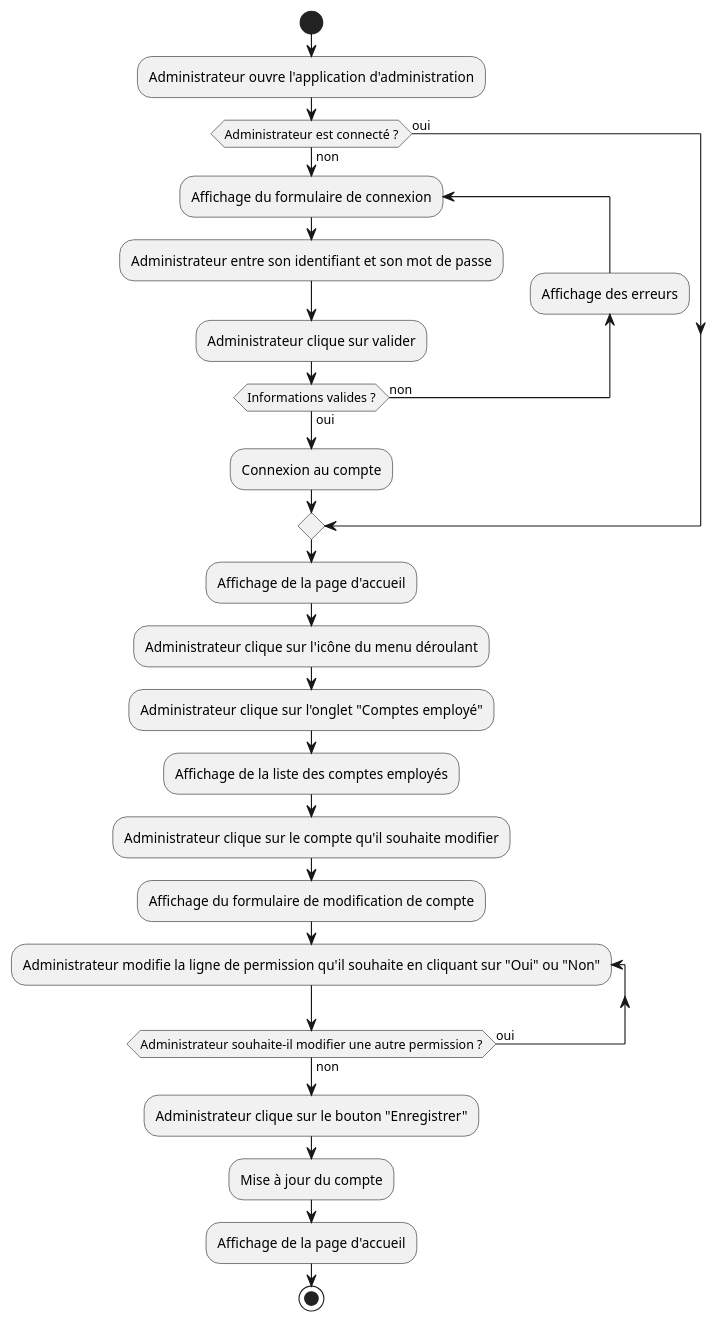
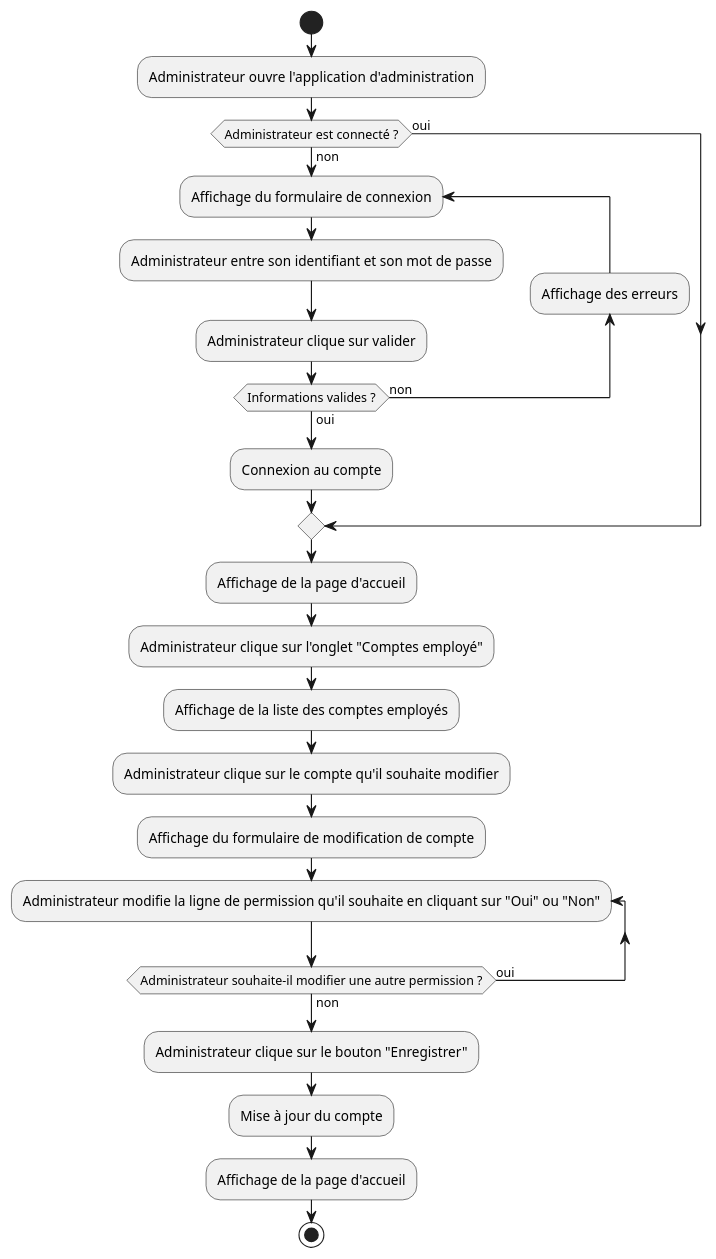
The diagram in diagrams/admin_modify_worker_account_permissions.puml (Gumpah/project_6), drawn with PlantUML before and after one commit. The commit also changed 5 other files, not shown here.

Commit message:
Updating diagrams

```diff
--- a/diagrams/admin_modify_worker_account_permissions.puml
+++ b/diagrams/admin_modify_worker_account_permissions.puml
@@ -1,29 +1,28 @@
 @startuml
 'https://plantuml.com/activity-diagram-beta
 
 start
 :Administrateur ouvre l'application d'administration;
 if (Administrateur est connecté ?) then (oui)
 else (non)
 repeat :Affichage du formulaire de connexion;
 :Administrateur entre son identifiant et son mot de passe;
 :Administrateur clique sur valider;
 backward:Affichage des erreurs;
 repeat while (Informations valides ?) is (non) not (oui)
 :Connexion au compte;
 endif
 :Affichage de la page d'accueil;
-:Administrateur clique sur l'icône du menu déroulant;
 :Administrateur clique sur l'onglet "Comptes employé";
 :Affichage de la liste des comptes employés;
 :Administrateur clique sur le compte qu'il souhaite modifier;
 :Affichage du formulaire de modification de compte;
 repeat :Administrateur modifie la ligne de permission qu'il souhaite en cliquant sur "Oui" ou "Non";
 repeat while (Administrateur souhaite-il modifier une autre permission ?) is (oui) not (non)
 :Administrateur clique sur le bouton "Enregistrer";
 :Mise à jour du compte;
 :Affichage de la page d'accueil;
 
 stop
 
 @enduml
```
